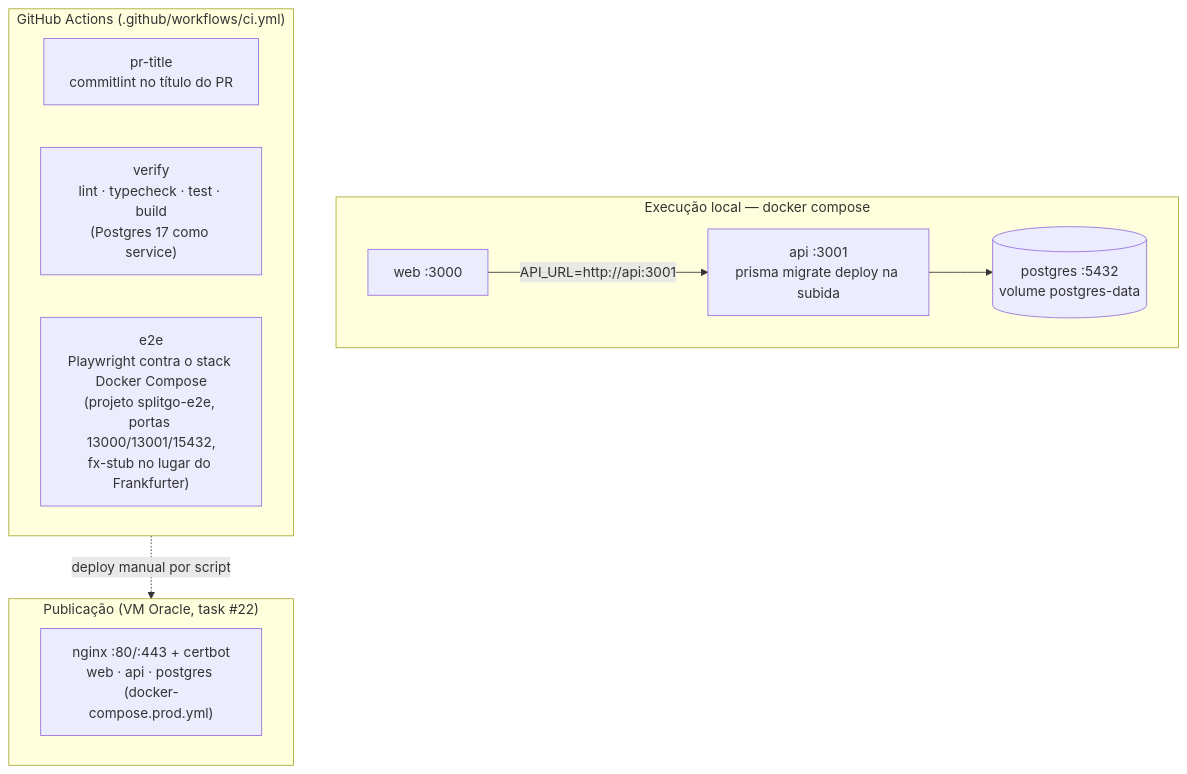
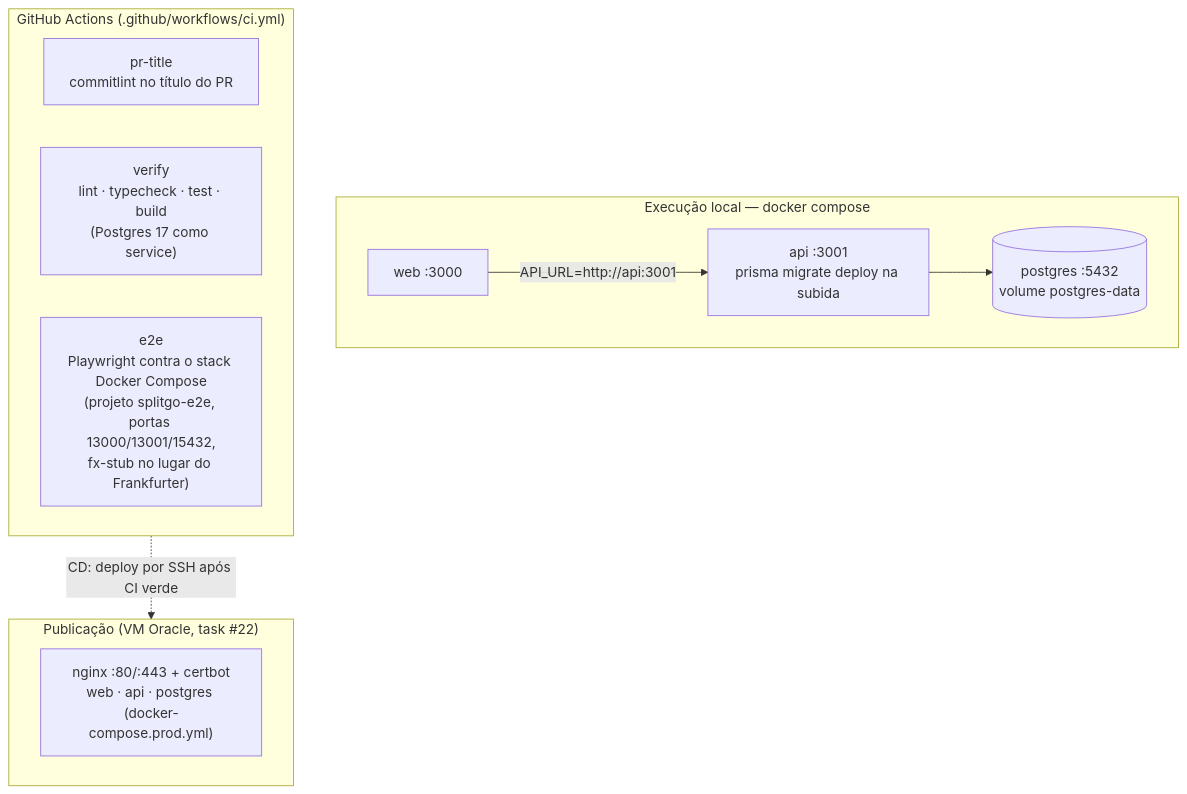
One commit to iguinn13/split-and-go-case changed the second of 2 diagrams in README.md. Above: the diagram before and after it, drawn with Mermaid. The commit also changed other lines of this file and 4 other files, not shown here.

````diff
--- a/README.md
+++ b/README.md
@@ -78,20 +78,20 @@
 ```mermaid
 flowchart TB
     subgraph local["Execução local — docker compose"]
         w["web :3000"]
         a["api :3001<br/>prisma migrate deploy na subida"]
         p[("postgres :5432<br/>volume postgres-data")]
         w -->|"API_URL=http://api:3001"| a --> p
     end
 
     subgraph ci["GitHub Actions (.github/workflows/ci.yml)"]
         t["pr-title<br/>commitlint no título do PR"]
         v["verify<br/>lint · typecheck · test · build<br/>(Postgres 17 como service)"]
         e["e2e<br/>Playwright contra o stack Docker Compose<br/>(projeto splitgo-e2e, portas 13000/13001/15432,<br/>fx-stub no lugar do Frankfurter)"]
     end
 
     subgraph prod["Publicação (VM Oracle, task #22)"]
         d["nginx :80/:443 + certbot<br/>web · api · postgres (docker-compose.prod.yml)"]
     end
-    ci -.->|"deploy manual por script"| prod
+    ci -.->|"CD: deploy por SSH após CI verde"| prod
 ```
````
